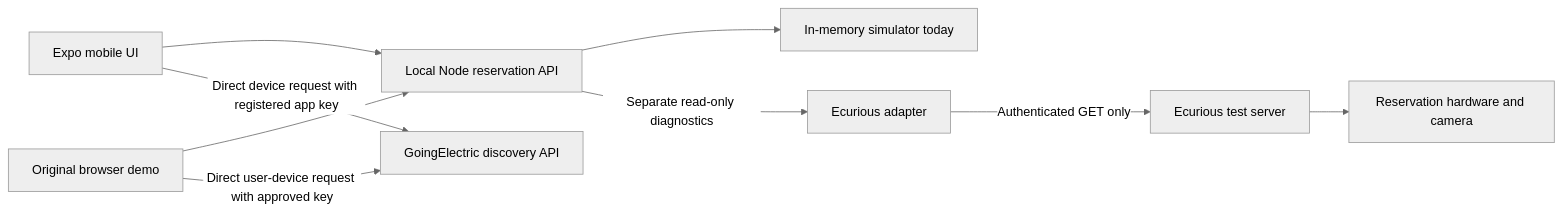
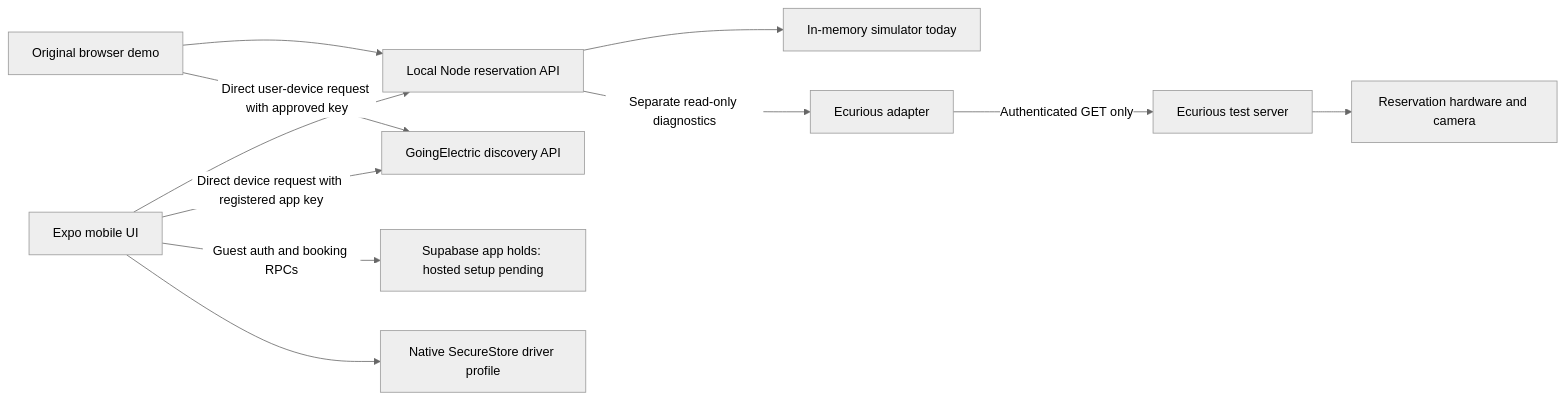
The diagram in docs/INTEGRATION.md (BorisPetreski/Ecurious-Challenge), drawn with Mermaid (neutral theme) before and after one commit. The commit also changed other lines of this file and 61 other files, not shown here.

````diff
--- a/docs/INTEGRATION.md
+++ b/docs/INTEGRATION.md
@@ -7,11 +9,13 @@
 ```mermaid
 flowchart LR
   Driver[Expo mobile UI] --> Local[Local Node reservation API]
   Browser[Original browser demo] --> Local
   Local --> Sim[In-memory simulator today]
   Local -->|Separate read-only diagnostics| Adapter[Ecurious adapter]
   Adapter -->|Authenticated GET only| Server[Ecurious test server]
   Server --> Bay[Reservation hardware and camera]
   Browser -->|Direct user-device request with approved key| GE[GoingElectric discovery API]
   Driver -->|Direct device request with registered app key| GE
+  Driver -->|Guest auth and booking RPCs| Supabase[Supabase app holds: hosted setup pending]
+  Driver --> Profile[Native SecureStore driver profile]
 ```
````
